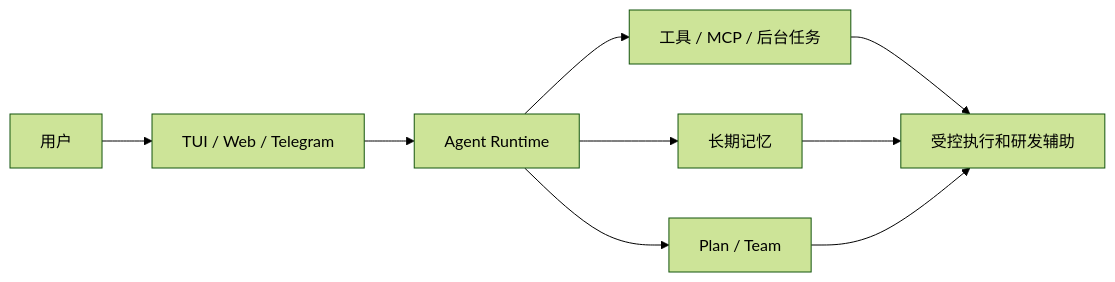
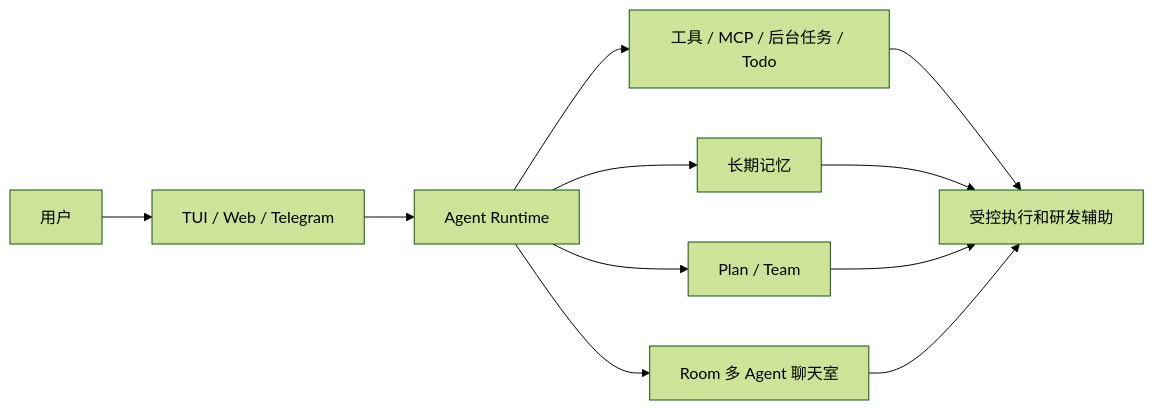
Before and after one commit to yangzhb-cn/aster: the diagram in docs/ai-readme/manual/business-knowledge.md, drawn with Mermaid (forest theme). The commit also changed other lines of this file and 61 other files, not shown here.

````diff
--- a/docs/ai-readme/manual/business-knowledge.md
+++ b/docs/ai-readme/manual/business-knowledge.md
@@ -26,11 +127,13 @@
 ```mermaid
 flowchart LR
     User["用户"] --> UI["TUI / Web / Telegram"]
     UI --> Runtime["Agent Runtime"]
-    Runtime --> Tools["工具 / MCP / 后台任务"]
+    Runtime --> Tools["工具 / MCP / 后台任务 / Todo"]
     Runtime --> Memory["长期记忆"]
     Runtime --> Plan["Plan / Team"]
+    Runtime --> Room["Room 多 Agent 聊天室"]
     Tools --> Value["受控执行和研发辅助"]
     Memory --> Value
     Plan --> Value
+    Room --> Value
 ```
````
